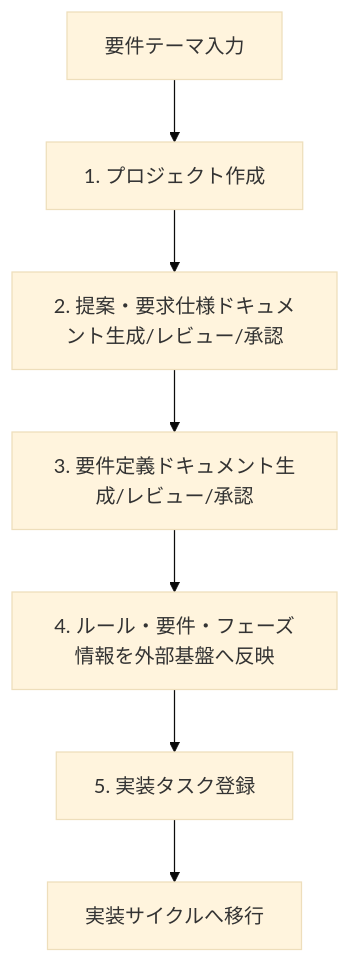
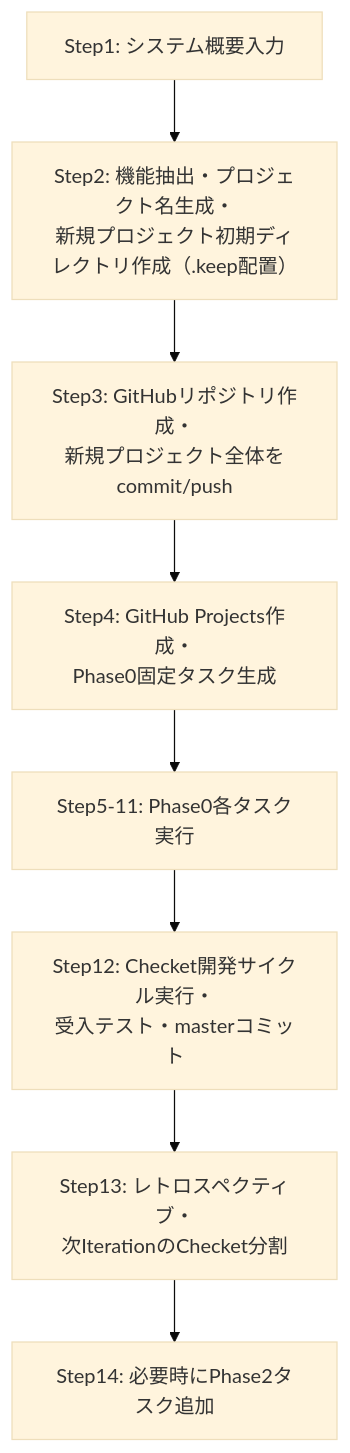
The first of 8 diagrams in _document/002.要件定義フェーズ/001.要件定義/001-01.機能要件定義書.md (BossApe/lo-vibe), drawn with Mermaid (base theme) before and after one commit. The commit also changed other lines of this file and 6 other files, not shown here.

````diff
--- a/_document/002.要件定義フェーズ/001.要件定義/001-01.機能要件定義書.md
+++ b/_document/002.要件定義フェーズ/001.要件定義/001-01.機能要件定義書.md
@@ -58,9 +58,15 @@
 ```mermaid
 flowchart TD
-    A[要件テーマ入力] --> B[1. プロジェクト作成]
-    B --> C[2. 提案・要求仕様ドキュメント生成/レビュー/承認]
-    C --> D[3. 要件定義ドキュメント生成/レビュー/承認]
-    D --> E[4. ルール・要件・フェーズ情報を外部基盤へ反映]
-    E --> F[5. 実装タスク登録]
-    F --> G[実装サイクルへ移行]
+    A[Step1: システム概要入力] --> B[Step2: 機能抽出・プロジェクト名生成・
+新規プロジェクト初期ディレクトリ作成（.keep配置）]
+    B --> C[Step3: GitHubリポジトリ作成・
+新規プロジェクト全体をcommit/push]
+    C --> D[Step4: GitHub Projects作成・
+Phase0固定タスク生成]
+    D --> E[Step5-11: Phase0各タスク実行]
+    E --> F[Step12: Checket開発サイクル実行・
+受入テスト・masterコミット]
+    F --> G[Step13: レトロスペクティブ・
+次IterationのChecket分割]
+    G --> H[Step14: 必要時にPhase2タスク追加]
 ```
````
